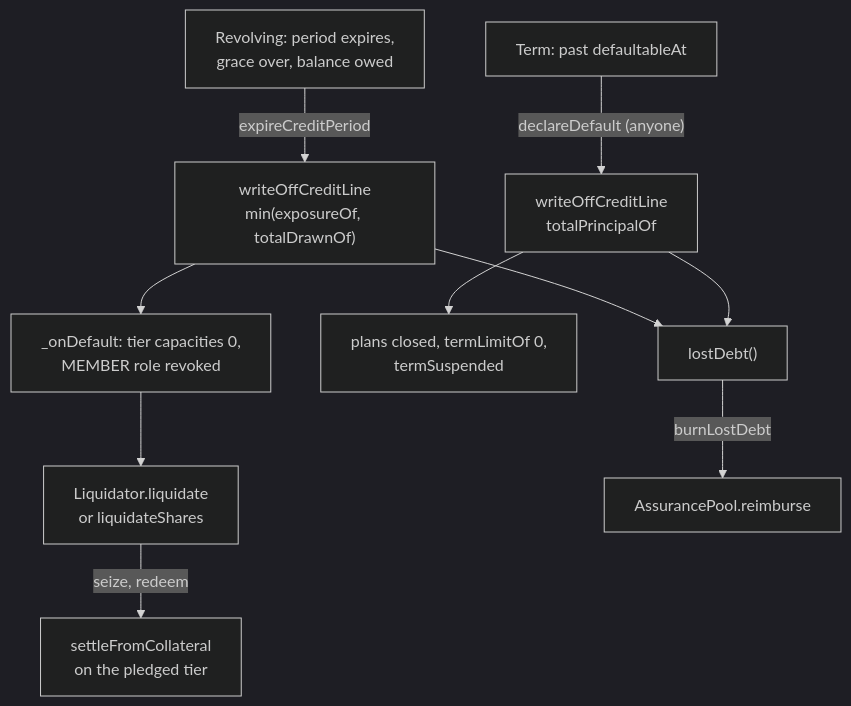
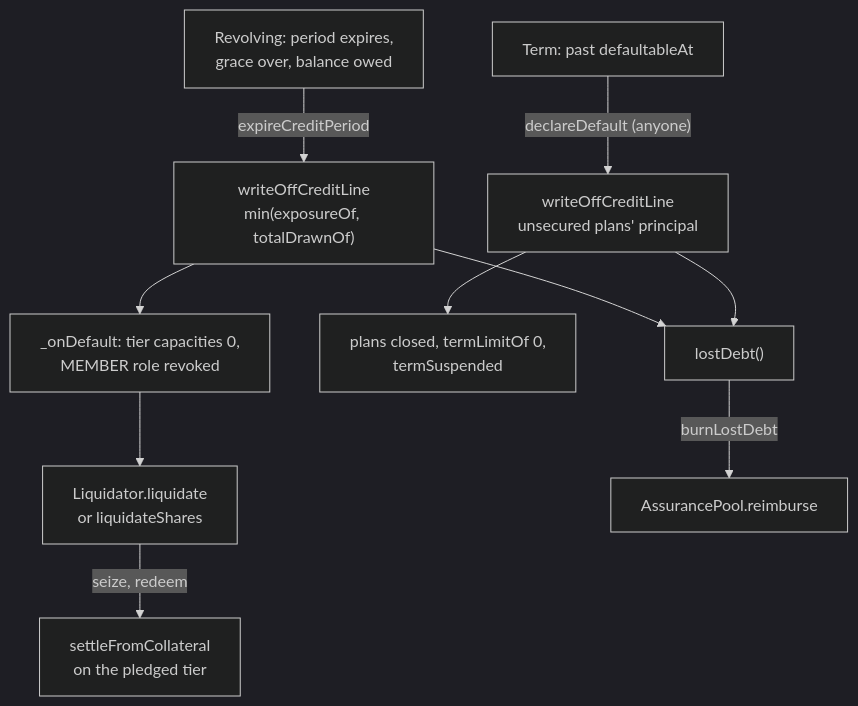
One commit to Deed3Labs/Protocol-Contracts changed the diagram in docs/protocol/credit.md. Above: the diagram before and after it, drawn with Mermaid (dark theme). The commit also changed other lines of this file and 12 other files, not shown here.

First line of the commit message:
Phase 2e: 12.13 Cycle Assurance (graceCycle) and 12.14 secured term plan default [skip preview]

````diff
--- a/docs/protocol/credit.md
+++ b/docs/protocol/credit.md
@@ -368,12 +376,12 @@
 ```mermaid
 flowchart TD
   R["Revolving: period expires,<br/>grace over, balance owed"] -->|"expireCreditPeriod"| WR["writeOffCreditLine<br/>min(exposureOf, totalDrawnOf)"]
   WR --> OD["_onDefault: tier capacities 0,<br/>MEMBER role revoked"]
   OD --> LQ["Liquidator.liquidate<br/>or liquidateShares"]
   LQ -->|"seize, redeem"| SF["settleFromCollateral<br/>on the pledged tier"]
-  T["Term: past defaultableAt"] -->|"declareDefault (anyone)"| WT["writeOffCreditLine<br/>totalPrincipalOf"]
+  T["Term: past defaultableAt"] -->|"declareDefault (anyone)"| WT["writeOffCreditLine<br/>unsecured plans' principal"]
   WT --> TS["plans closed, termLimitOf 0,<br/>termSuspended"]
   WR --> LD["lostDebt()"]
   WT --> LD
   LD -->|"burnLostDebt"| AP["AssurancePool.reimburse"]
 ```
````
